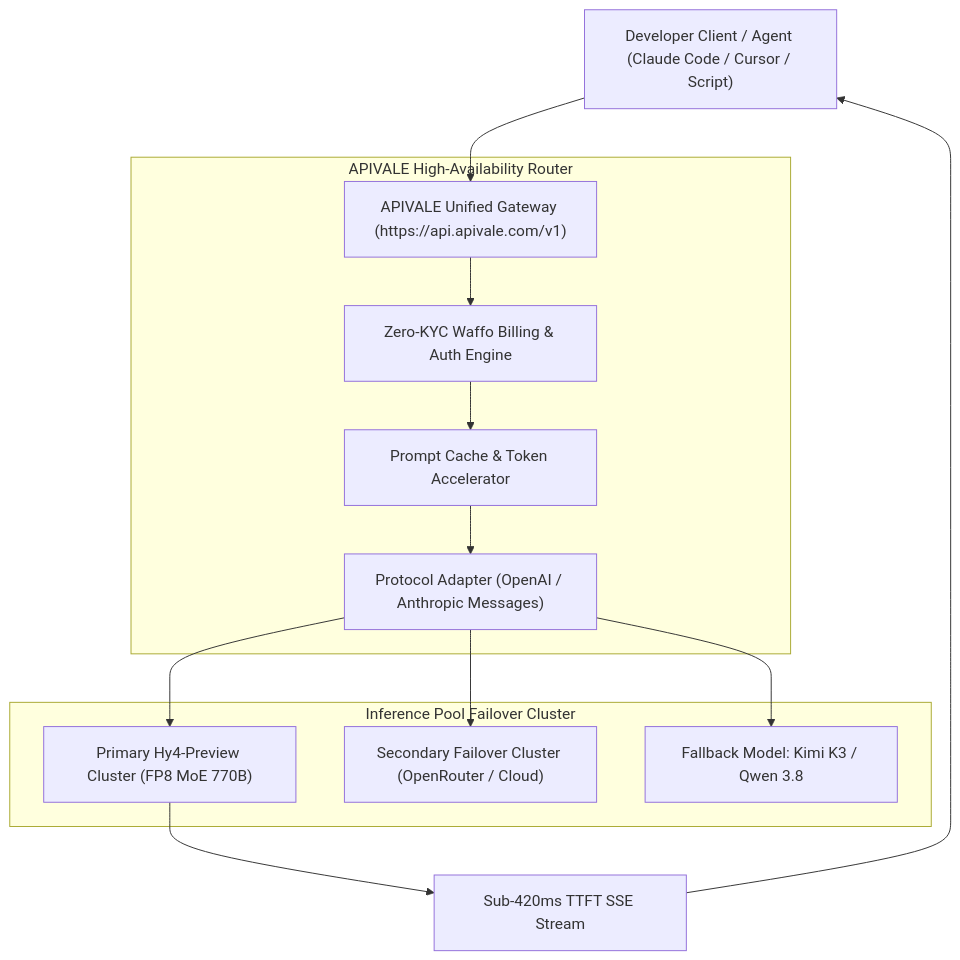
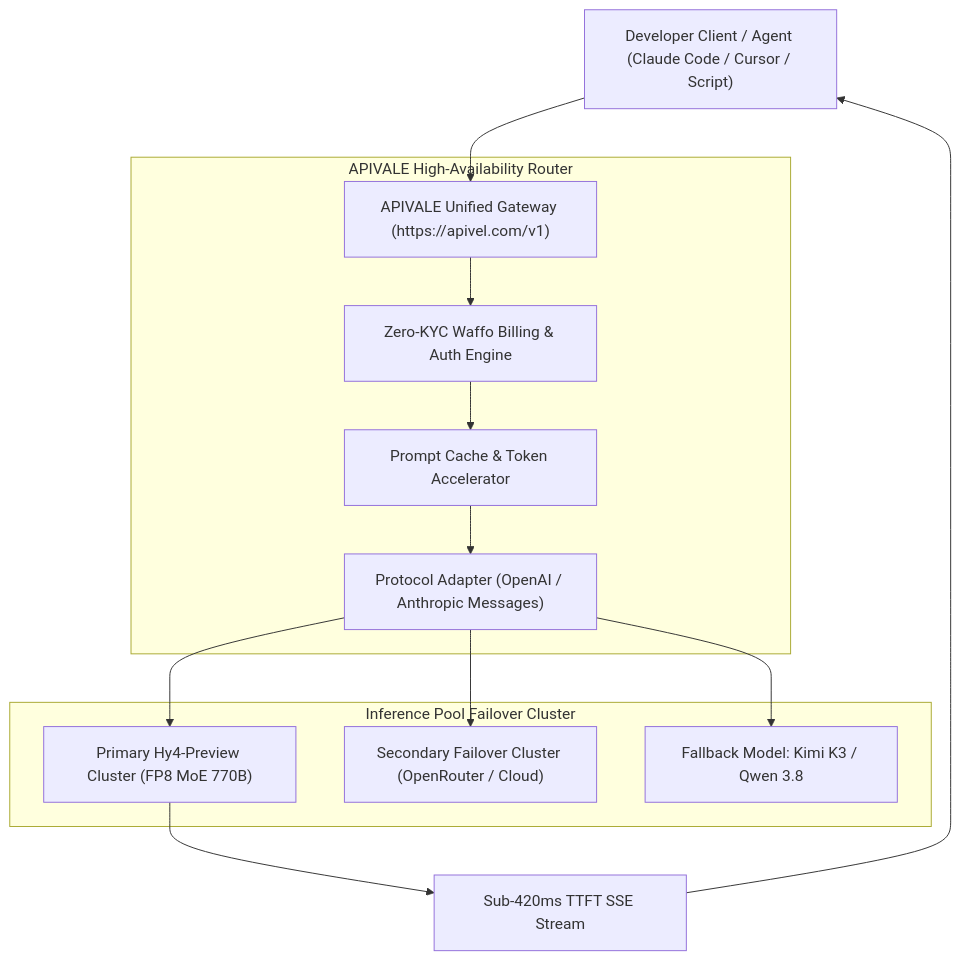
One commit to bshx2024/apivel_blog changed the diagram in src/content/blog/hy4-preview-api-claude-code-cursor-setup.md. Above: the diagram before and after it, drawn with Mermaid. The commit also changed other lines of this file and 77 other files, not shown here.

Commit message:
fix(docs): update all model API base URLs to https://apivel.com/v1

````diff
--- a/src/content/blog/hy4-preview-api-claude-code-cursor-setup.md
+++ b/src/content/blog/hy4-preview-api-claude-code-cursor-setup.md
@@ -81,19 +81,19 @@
 ```mermaid
 graph TD
-    User["Developer Client / Agent (Claude Code / Cursor / Script)"] --> APIVALE["APIVALE Unified Gateway (https://api.apivale.com/v1)"]
+    User["Developer Client / Agent (Claude Code / Cursor / Script)"] --> APIVALE["APIVALE Unified Gateway (https://apivel.com/v1)"]
     
     subgraph "APIVALE High-Availability Router"
         APIVALE --> Auth["Zero-KYC Waffo Billing & Auth Engine"]
         Auth --> Cache["Prompt Cache & Token Accelerator"]
         Cache --> Adapter["Protocol Adapter (OpenAI / Anthropic Messages)"]
     end
     
     subgraph "Inference Pool Failover Cluster"
         Adapter --> NodeA["Primary Hy4-Preview Cluster (FP8 MoE 770B)"]
         Adapter --> NodeB["Secondary Failover Cluster (OpenRouter / Cloud)"]
         Adapter --> NodeC["Fallback Model: Kimi K3 / Qwen 3.8"]
     end
     
     NodeA --> Resp["Sub-420ms TTFT SSE Stream"]
     Resp --> User
 ```
````
